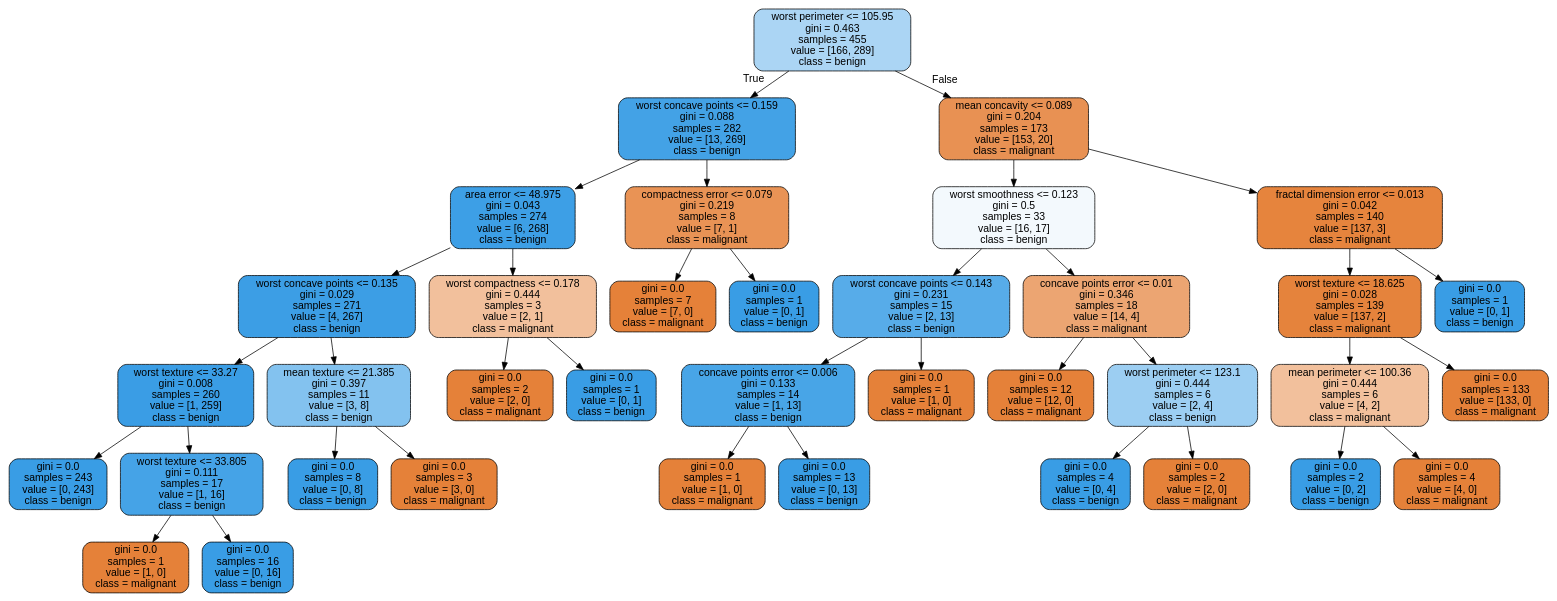
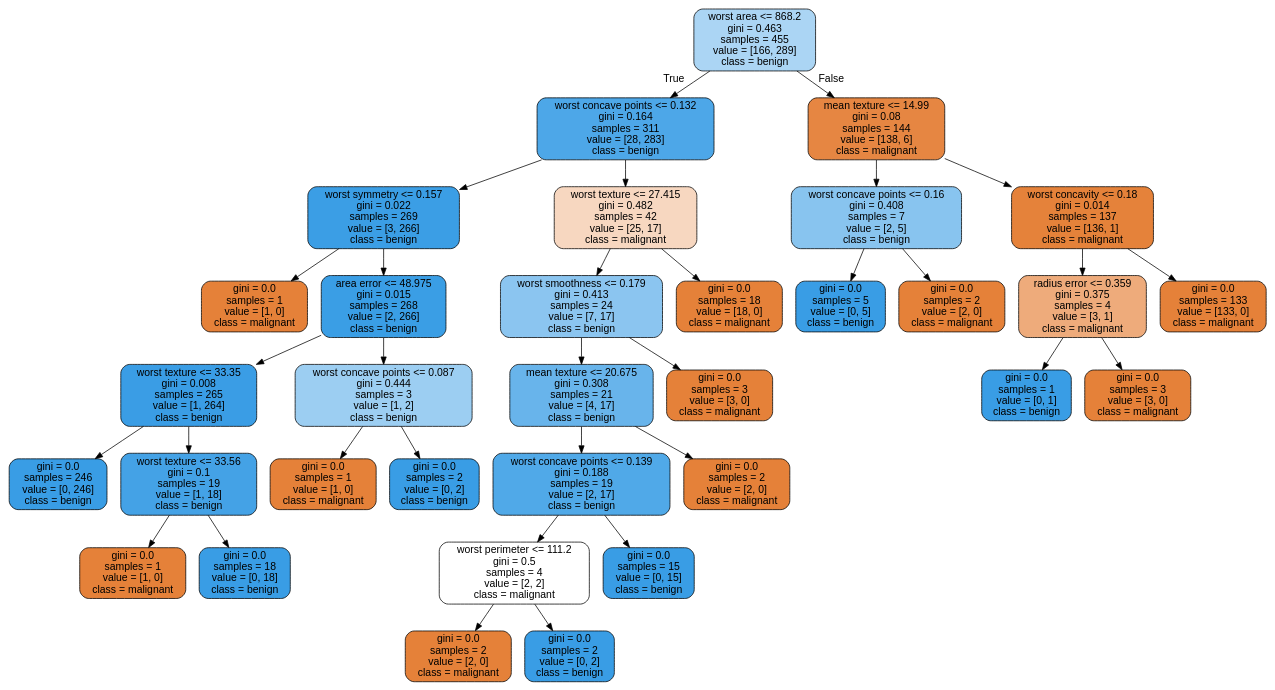
Before and after one commit to JoseDeJesusMendozaBecerril/Practica4_MineriaDeDatos: the diagram in images/decision_trees/cancer_tree_train.dot, drawn with Graphviz. The commit also changed 11 other files, not shown here.

```diff
--- a/images/decision_trees/cancer_tree_train.dot
+++ b/images/decision_trees/cancer_tree_train.dot
@@ -1,77 +1,69 @@
 digraph Tree {
 node [shape=box, style="filled, rounded", color="black", fontname=helvetica] ;
 edge [fontname=helvetica] ;
-0 [label="worst perimeter <= 105.95\ngini = 0.463\nsamples = 455\nvalue = [166, 289]\nclass = benign", fillcolor="#abd5f4"] ;
-1 [label="worst concave points <= 0.159\ngini = 0.088\nsamples = 282\nvalue = [13, 269]\nclass = benign", fillcolor="#43a2e6"] ;
+0 [label="worst area <= 868.2\ngini = 0.463\nsamples = 455\nvalue = [166, 289]\nclass = benign", fillcolor="#abd5f4"] ;
+1 [label="worst concave points <= 0.132\ngini = 0.164\nsamples = 311\nvalue = [28, 283]\nclass = benign", fillcolor="#4da7e8"] ;
 0 -> 1 [labeldistance=2.5, labelangle=45, headlabel="True"] ;
-2 [label="area error <= 48.975\ngini = 0.043\nsamples = 274\nvalue = [6, 268]\nclass = benign", fillcolor="#3d9fe6"] ;
+2 [label="worst symmetry <= 0.157\ngini = 0.022\nsamples = 269\nvalue = [3, 266]\nclass = benign", fillcolor="#3b9ee5"] ;
 1 -> 2 ;
-3 [label="worst concave points <= 0.135\ngini = 0.029\nsamples = 271\nvalue = [4, 267]\nclass = benign", fillcolor="#3c9ee5"] ;
+3 [label="gini = 0.0\nsamples = 1\nvalue = [1, 0]\nclass = malignant", fillcolor="#e58139"] ;
 2 -> 3 ;
-4 [label="worst texture <= 33.27\ngini = 0.008\nsamples = 260\nvalue = [1, 259]\nclass = benign", fillcolor="#3a9de5"] ;
-3 -> 4 ;
-5 [label="gini = 0.0\nsamples = 243\nvalue = [0, 243]\nclass = benign", fillcolor="#399de5"] ;
+4 [label="area error <= 48.975\ngini = 0.015\nsamples = 268\nvalue = [2, 266]\nclass = benign", fillcolor="#3a9ee5"] ;
+2 -> 4 ;
+5 [label="worst texture <= 33.35\ngini = 0.008\nsamples = 265\nvalue = [1, 264]\nclass = benign", fillcolor="#3a9de5"] ;
 4 -> 5 ;
-6 [label="worst texture <= 33.805\ngini = 0.111\nsamples = 17\nvalue = [1, 16]\nclass = benign", fillcolor="#45a3e7"] ;
-4 -> 6 ;
-7 [label="gini = 0.0\nsamples = 1\nvalue = [1, 0]\nclass = malignant", fillcolor="#e58139"] ;
-6 -> 7 ;
-8 [label="gini = 0.0\nsamples = 16\nvalue = [0, 16]\nclass = benign", fillcolor="#399de5"] ;
-6 -> 8 ;
-9 [label="mean texture <= 21.385\ngini = 0.397\nsamples = 11\nvalue = [3, 8]\nclass = benign", fillcolor="#83c2ef"] ;
-3 -> 9 ;
-10 [label="gini = 0.0\nsamples = 8\nvalue = [0, 8]\nclass = benign", fillcolor="#399de5"] ;
-9 -> 10 ;
-11 [label="gini = 0.0\nsamples = 3\nvalue = [3, 0]\nclass = malignant", fillcolor="#e58139"] ;
-9 -> 11 ;
-12 [label="worst compactness <= 0.178\ngini = 0.444\nsamples = 3\nvalue = [2, 1]\nclass = malignant", fillcolor="#f2c09c"] ;
-2 -> 12 ;
-13 [label="gini = 0.0\nsamples = 2\nvalue = [2, 0]\nclass = malignant", fillcolor="#e58139"] ;
-12 -> 13 ;
-14 [label="gini = 0.0\nsamples = 1\nvalue = [0, 1]\nclass = benign", fillcolor="#399de5"] ;
-12 -> 14 ;
-15 [label="compactness error <= 0.079\ngini = 0.219\nsamples = 8\nvalue = [7, 1]\nclass = malignant", fillcolor="#e99355"] ;
-1 -> 15 ;
-16 [label="gini = 0.0\nsamples = 7\nvalue = [7, 0]\nclass = malignant", fillcolor="#e58139"] ;
+6 [label="gini = 0.0\nsamples = 246\nvalue = [0, 246]\nclass = benign", fillcolor="#399de5"] ;
+5 -> 6 ;
+7 [label="worst texture <= 33.56\ngini = 0.1\nsamples = 19\nvalue = [1, 18]\nclass = benign", fillcolor="#44a2e6"] ;
+5 -> 7 ;
+8 [label="gini = 0.0\nsamples = 1\nvalue = [1, 0]\nclass = malignant", fillcolor="#e58139"] ;
+7 -> 8 ;
+9 [label="gini = 0.0\nsamples = 18\nvalue = [0, 18]\nclass = benign", fillcolor="#399de5"] ;
+7 -> 9 ;
+10 [label="worst concave points <= 0.087\ngini = 0.444\nsamples = 3\nvalue = [1, 2]\nclass = benign", fillcolor="#9ccef2"] ;
+4 -> 10 ;
+11 [label="gini = 0.0\nsamples = 1\nvalue = [1, 0]\nclass = malignant", fillcolor="#e58139"] ;
+10 -> 11 ;
+12 [label="gini = 0.0\nsamples = 2\nvalue = [0, 2]\nclass = benign", fillcolor="#399de5"] ;
+10 -> 12 ;
+13 [label="worst texture <= 27.415\ngini = 0.482\nsamples = 42\nvalue = [25, 17]\nclass = malignant", fillcolor="#f7d7c0"] ;
+1 -> 13 ;
+14 [label="worst smoothness <= 0.179\ngini = 0.413\nsamples = 24\nvalue = [7, 17]\nclass = benign", fillcolor="#8bc5f0"] ;
+13 -> 14 ;
+15 [label="mean texture <= 20.675\ngini = 0.308\nsamples = 21\nvalue = [4, 17]\nclass = benign", fillcolor="#68b4eb"] ;
+14 -> 15 ;
+16 [label="worst concave points <= 0.139\ngini = 0.188\nsamples = 19\nvalue = [2, 17]\nclass = benign", fillcolor="#50a9e8"] ;
 15 -> 16 ;
-17 [label="gini = 0.0\nsamples = 1\nvalue = [0, 1]\nclass = benign", fillcolor="#399de5"] ;
-15 -> 17 ;
-18 [label="mean concavity <= 0.089\ngini = 0.204\nsamples = 173\nvalue = [153, 20]\nclass = malignant", fillcolor="#e89153"] ;
-0 -> 18 [labeldistance=2.5, labelangle=-45, headlabel="False"] ;
-19 [label="worst smoothness <= 0.123\ngini = 0.5\nsamples = 33\nvalue = [16, 17]\nclass = benign", fillcolor="#f3f9fd"] ;
-18 -> 19 ;
-20 [label="worst concave points <= 0.143\ngini = 0.231\nsamples = 15\nvalue = [2, 13]\nclass = benign", fillcolor="#57ace9"] ;
-19 -> 20 ;
-21 [label="concave points error <= 0.006\ngini = 0.133\nsamples = 14\nvalue = [1, 13]\nclass = benign", fillcolor="#48a5e7"] ;
-20 -> 21 ;
-22 [label="gini = 0.0\nsamples = 1\nvalue = [1, 0]\nclass = malignant", fillcolor="#e58139"] ;
-21 -> 22 ;
-23 [label="gini = 0.0\nsamples = 13\nvalue = [0, 13]\nclass = benign", fillcolor="#399de5"] ;
-21 -> 23 ;
-24 [label="gini = 0.0\nsamples = 1\nvalue = [1, 0]\nclass = malignant", fillcolor="#e58139"] ;
-20 -> 24 ;
-25 [label="concave points error <= 0.01\ngini = 0.346\nsamples = 18\nvalue = [14, 4]\nclass = malignant", fillcolor="#eca572"] ;
-19 -> 25 ;
-26 [label="gini = 0.0\nsamples = 12\nvalue = [12, 0]\nclass = malignant", fillcolor="#e58139"] ;
+17 [label="worst perimeter <= 111.2\ngini = 0.5\nsamples = 4\nvalue = [2, 2]\nclass = malignant", fillcolor="#ffffff"] ;
+16 -> 17 ;
+18 [label="gini = 0.0\nsamples = 2\nvalue = [2, 0]\nclass = malignant", fillcolor="#e58139"] ;
+17 -> 18 ;
+19 [label="gini = 0.0\nsamples = 2\nvalue = [0, 2]\nclass = benign", fillcolor="#399de5"] ;
+17 -> 19 ;
+20 [label="gini = 0.0\nsamples = 15\nvalue = [0, 15]\nclass = benign", fillcolor="#399de5"] ;
+16 -> 20 ;
+21 [label="gini = 0.0\nsamples = 2\nvalue = [2, 0]\nclass = malignant", fillcolor="#e58139"] ;
+15 -> 21 ;
+22 [label="gini = 0.0\nsamples = 3\nvalue = [3, 0]\nclass = malignant", fillcolor="#e58139"] ;
+14 -> 22 ;
+23 [label="gini = 0.0\nsamples = 18\nvalue = [18, 0]\nclass = malignant", fillcolor="#e58139"] ;
+13 -> 23 ;
+24 [label="mean texture <= 14.99\ngini = 0.08\nsamples = 144\nvalue = [138, 6]\nclass = malignant", fillcolor="#e68642"] ;
+0 -> 24 [labeldistance=2.5, labelangle=-45, headlabel="False"] ;
+25 [label="worst concave points <= 0.16\ngini = 0.408\nsamples = 7\nvalue = [2, 5]\nclass = benign", fillcolor="#88c4ef"] ;
+24 -> 25 ;
+26 [label="gini = 0.0\nsamples = 5\nvalue = [0, 5]\nclass = benign", fillcolor="#399de5"] ;
 25 -> 26 ;
-27 [label="worst perimeter <= 123.1\ngini = 0.444\nsamples = 6\nvalue = [2, 4]\nclass = benign", fillcolor="#9ccef2"] ;
+27 [label="gini = 0.0\nsamples = 2\nvalue = [2, 0]\nclass = malignant", fillcolor="#e58139"] ;
 25 -> 27 ;
-28 [label="gini = 0.0\nsamples = 4\nvalue = [0, 4]\nclass = benign", fillcolor="#399de5"] ;
-27 -> 28 ;
-29 [label="gini = 0.0\nsamples = 2\nvalue = [2, 0]\nclass = malignant", fillcolor="#e58139"] ;
-27 -> 29 ;
-30 [label="fractal dimension error <= 0.013\ngini = 0.042\nsamples = 140\nvalue = [137, 3]\nclass = malignant", fillcolor="#e6843d"] ;
-18 -> 30 ;
-31 [label="worst texture <= 18.625\ngini = 0.028\nsamples = 139\nvalue = [137, 2]\nclass = malignant", fillcolor="#e5833c"] ;
-30 -> 31 ;
-32 [label="mean perimeter <= 100.36\ngini = 0.444\nsamples = 6\nvalue = [4, 2]\nclass = malignant", fillcolor="#f2c09c"] ;
-31 -> 32 ;
-33 [label="gini = 0.0\nsamples = 2\nvalue = [0, 2]\nclass = benign", fillcolor="#399de5"] ;
-32 -> 33 ;
-34 [label="gini = 0.0\nsamples = 4\nvalue = [4, 0]\nclass = malignant", fillcolor="#e58139"] ;
-32 -> 34 ;
-35 [label="gini = 0.0\nsamples = 133\nvalue = [133, 0]\nclass = malignant", fillcolor="#e58139"] ;
-31 -> 35 ;
-36 [label="gini = 0.0\nsamples = 1\nvalue = [0, 1]\nclass = benign", fillcolor="#399de5"] ;
-30 -> 36 ;
+28 [label="worst concavity <= 0.18\ngini = 0.014\nsamples = 137\nvalue = [136, 1]\nclass = malignant", fillcolor="#e5823a"] ;
+24 -> 28 ;
+29 [label="radius error <= 0.359\ngini = 0.375\nsamples = 4\nvalue = [3, 1]\nclass = malignant", fillcolor="#eeab7b"] ;
+28 -> 29 ;
+30 [label="gini = 0.0\nsamples = 1\nvalue = [0, 1]\nclass = benign", fillcolor="#399de5"] ;
+29 -> 30 ;
+31 [label="gini = 0.0\nsamples = 3\nvalue = [3, 0]\nclass = malignant", fillcolor="#e58139"] ;
+29 -> 31 ;
+32 [label="gini = 0.0\nsamples = 133\nvalue = [133, 0]\nclass = malignant", fillcolor="#e58139"] ;
+28 -> 32 ;
 }
```
